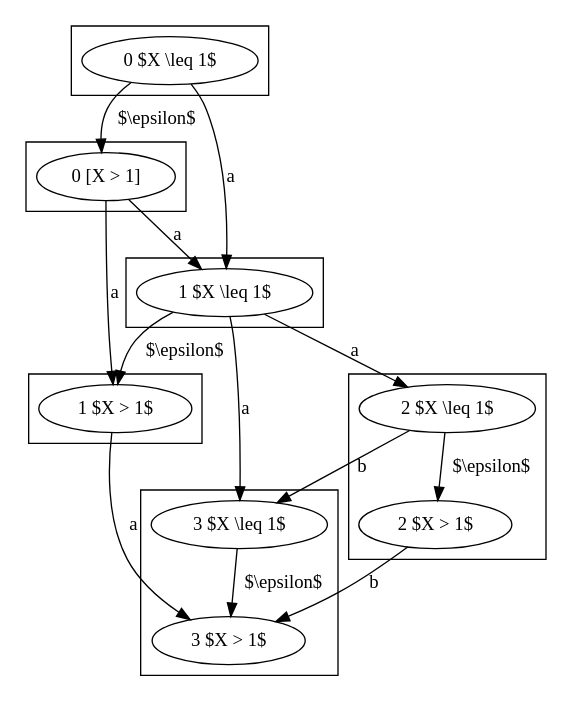
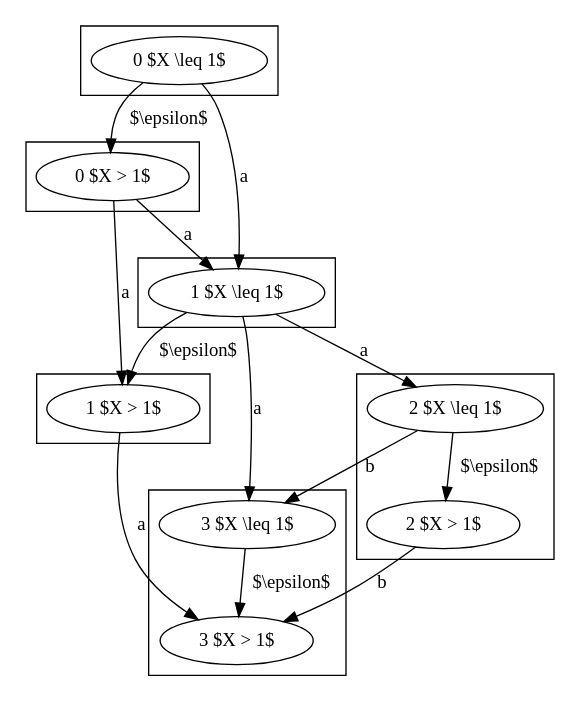
The diagram in presentation/pair03second-quotient.dot (sguha100/bachelor-thesis), drawn with Graphviz before and after one commit. The commit also changed 2 other files, not shown here.

```diff
--- a/presentation/pair03second-quotient.dot
+++ b/presentation/pair03second-quotient.dot
@@ -1,40 +1,40 @@
 digraph "Bisimilarity quotient graph" {
 subgraph cluster_0 { 
 rank = same; 
-"0 [X > 1]";
+"0 $X > 1$";
 }
 subgraph cluster_1 { 
 rank = same; 
 "0 $X \\leq 1$";
 }
 subgraph cluster_2 { 
 rank = same; 
 "1 $X \\leq 1$";
 }
 subgraph cluster_3 { 
 rank = same; 
 "1 $X > 1$";
 }
 subgraph cluster_4 { 
 rank = same; 
 "2 $X > 1$";
 "2 $X \\leq 1$";
 }
 subgraph cluster_5 { 
 rank = same; 
 "3 $X > 1$";
 "3 $X \\leq 1$";
 }
-"0 $X \\leq 1$" -> "0 [X > 1]" [label = "$\\epsilon$"];
-"0 [X > 1]" -> "1 $X \\leq 1$" [label = "a"];
+"0 $X \\leq 1$" -> "0 $X > 1$" [label = "$\\epsilon$"];
+"0 $X > 1$" -> "1 $X \\leq 1$" [label = "a"];
 "0 $X \\leq 1$" -> "1 $X \\leq 1$" [label = "a"];
 "1 $X \\leq 1$" -> "1 $X > 1$" [label = "$\\epsilon$"];
-"0 [X > 1]" -> "1 $X > 1$" [label = "a"];
+"0 $X > 1$" -> "1 $X > 1$" [label = "a"];
 "2 $X \\leq 1$" -> "2 $X > 1$" [label = "$\\epsilon$"];
 "1 $X \\leq 1$" -> "2 $X \\leq 1$" [label = "a"];
 "3 $X \\leq 1$" -> "3 $X > 1$" [label = "$\\epsilon$"];
 "1 $X > 1$" -> "3 $X > 1$" [label = "a"];
 "2 $X > 1$" -> "3 $X > 1$" [label = "b"];
 "1 $X \\leq 1$" -> "3 $X \\leq 1$" [label = "a"];
 "2 $X \\leq 1$" -> "3 $X \\leq 1$" [label = "b"];
 }
```
